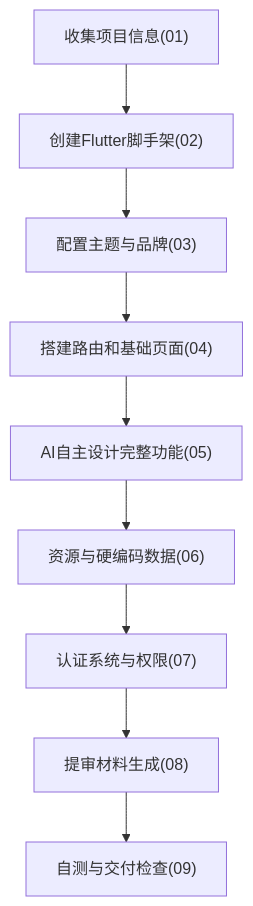
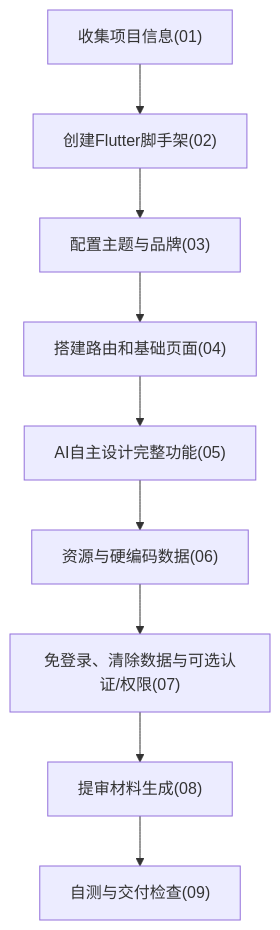
One commit to BalckKing/flutter_creat changed the diagram in 《从0开始制作马甲包》/00-总体思路与使用说明.md. Above: the diagram before and after it, drawn with Mermaid. The commit also changed other lines of this file and 10 other files, not shown here.

````diff
--- a/《从0开始制作马甲包》/00-总体思路与使用说明.md
+++ b/《从0开始制作马甲包》/00-总体思路与使用说明.md
@@ -76,11 +86,11 @@
 ```mermaid
 flowchart TD
   start["收集项目信息(01)"] --> scaffold["创建Flutter脚手架(02)"]
   scaffold --> theme["配置主题与品牌(03)"]
   theme --> routes["搭建路由和基础页面(04)"]
   routes --> modules["AI自主设计完整功能(05)"]
   modules --> assets["资源与硬编码数据(06)"]
-  assets --> auth["认证系统与权限(07)"]
+  assets --> auth["免登录、清除数据与可选认证/权限(07)"]
   auth --> audit["提审材料生成(08)"]
   audit --> qa["自测与交付检查(09)"]
 ```
````
